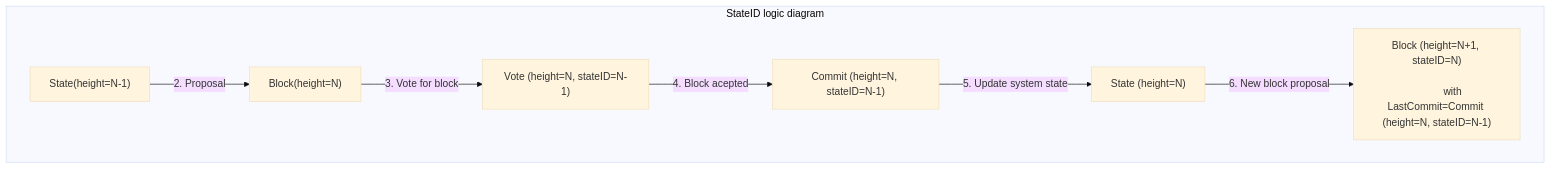
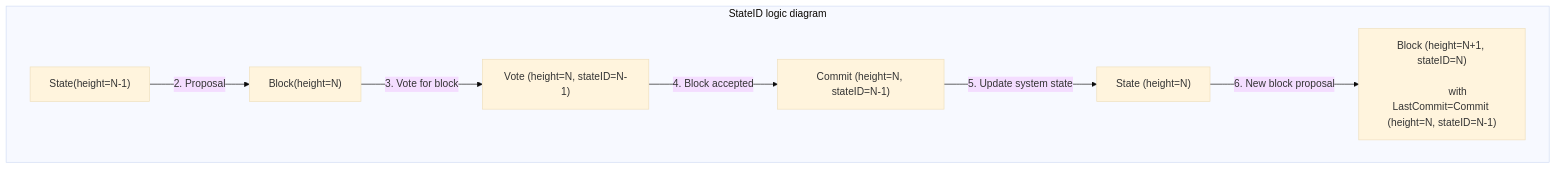
Before and after one commit to tendermint/tendermint: the diagram in docs/tendermint-core/state-id.md, drawn with Mermaid (base theme). The commit also changed other lines of this file, not shown here.

````diff
--- a/docs/tendermint-core/state-id.md
+++ b/docs/tendermint-core/state-id.md
@@ -28,12 +27,12 @@
 ```mermaid 
 graph TD
     subgraph "StateID logic diagram"
 
         State["State(height=N-1)"] -->|"2. Proposal"| Block["Block(height=N)"]
         Block -->|"3. Vote for block"| Vote["Vote (height=N, stateID=N-1)"]
-        Vote -->|"4. Block acepted"| Commit["Commit (height=N, stateID=N-1)"]
+        Vote -->|"4. Block accepted"| Commit["Commit (height=N, stateID=N-1)"]
         Commit -->|"5. Update system state"| NewState["State (height=N)"]
         NewState -->|"6. New block proposal"| NewBlock["Block (height=N+1, stateID=N)<br/>
             with LastCommit=Commit (height=N, stateID=N-1)"]
     end
 ```
````
